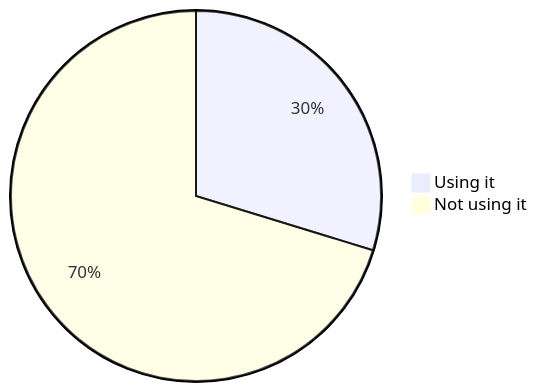
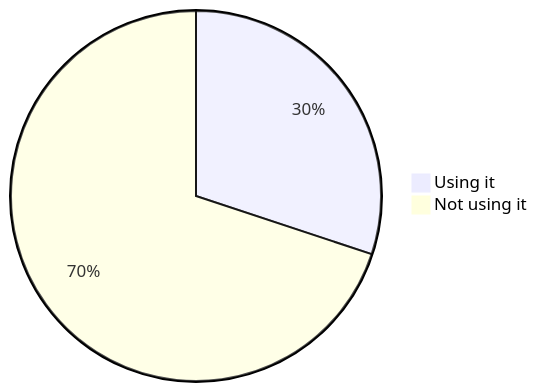
Before and after one commit to oshp/oshp-stats: diagram 16 of 22 in stats.md, drawn with Mermaid. The commit also changed other lines of this file, not shown here.

````diff
--- a/stats.md
+++ b/stats.md
@@ -190,6 +190,6 @@
 ```mermaid
 pie
-	"Using it" : 29.74
-	"Not using it" : 70.26
+	"Using it" : 30.09
+	"Not using it" : 69.91
 
 ```
````
